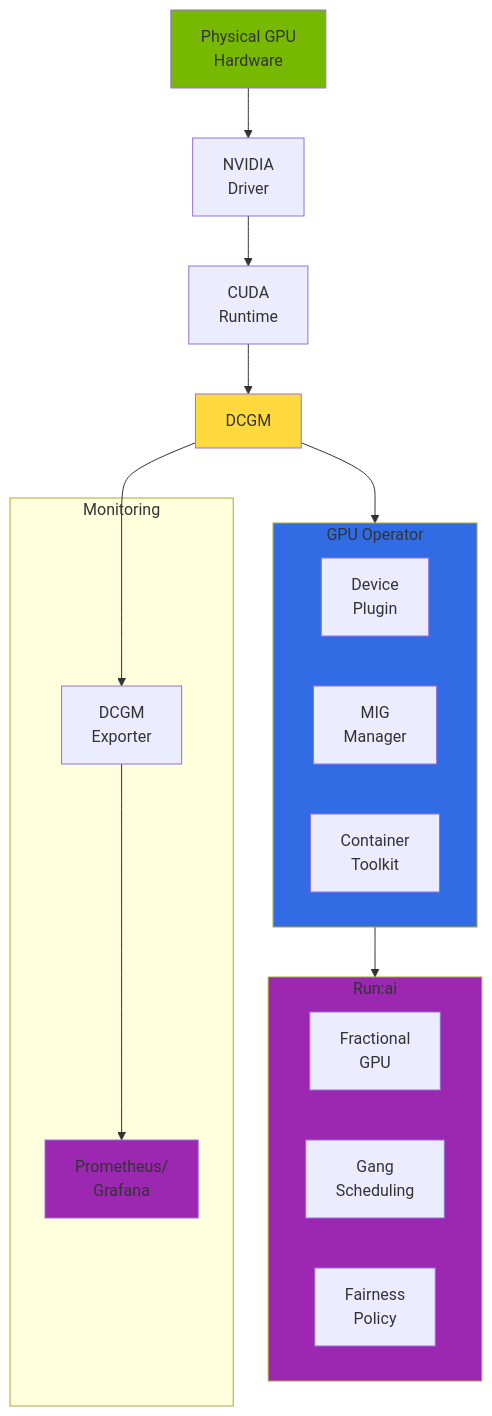
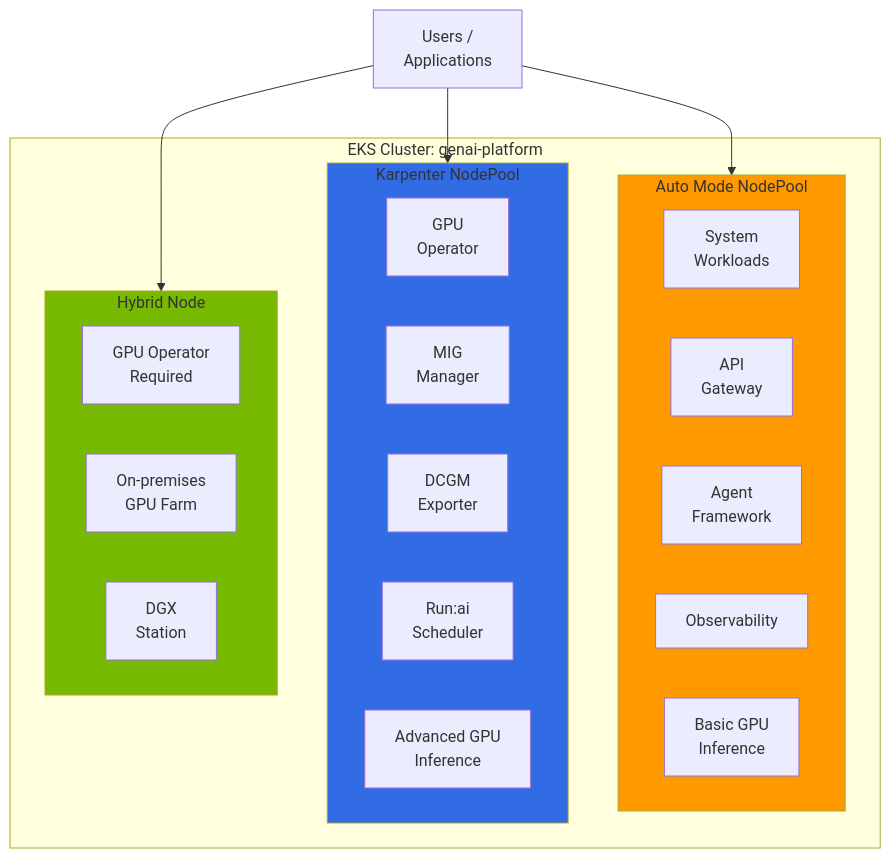
One commit to devfloor9/engineering-playbook changed the first of 4 diagrams in i18n/en/docusaurus-plugin-content-docs/current/agentic-ai-platform/model-serving/eks-gpu-node-strategy.md. Above: the diagram before and after it, drawn with Mermaid. The commit also changed other lines of this file and 95 other files, not shown here.

````diff
--- a/i18n/en/docusaurus-plugin-content-docs/current/agentic-ai-platform/model-serving/eks-gpu-node-strategy.md
+++ b/i18n/en/docusaurus-plugin-content-docs/current/agentic-ai-platform/model-serving/eks-gpu-node-strategy.md
@@ -569,39 +498,36 @@
 ```mermaid
 flowchart TB
-    A[Physical GPU<br/>Hardware]
-    B[NVIDIA<br/>Driver]
-    C[CUDA<br/>Runtime]
-    D[DCGM]
+    Users[Users /<br/>Applications]
 
-    subgraph GPUOp["GPU Operator"]
-        I[Device<br/>Plugin]
-        J[MIG<br/>Manager]
-        K[Container<br/>Toolkit]
+    subgraph Cluster["EKS Cluster: genai-platform"]
+        subgraph Auto["Auto Mode NodePool"]
+            A1[System<br/>Workloads]
+            A2[API<br/>Gateway]
+            A3[Agent<br/>Framework]
+            A4[Observability]
+            A5[Basic GPU<br/>Inference]
+        end
+
+        subgraph Karp["Karpenter NodePool"]
+            K1[GPU<br/>Operator]
+            K2[MIG<br/>Manager]
+            K3[DCGM<br/>Exporter]
+            K4[Run:ai<br/>Scheduler]
+            K5[Advanced GPU<br/>Inference]
+        end
+
+        subgraph Hyb["Hybrid Node"]
+            H1[GPU Operator<br/>Required]
+            H2[On-premises<br/>GPU Farm]
+            H3[DGX<br/>Station]
+        end
     end
 
-    subgraph Runai["Run:ai"]
-        L[Fractional<br/>GPU]
-        M[Gang<br/>Scheduling]
-        N[Fairness<br/>Policy]
-    end
+    Users --> Auto
+    Users --> Karp
+    Users --> Hyb
 
-    subgraph Monitor["Monitoring"]
-        G[DCGM<br/>Exporter]
-        H[Prometheus/<br/>Grafana]
-    end
-
-    A --> B
-    B --> C
-    C --> D
-    D --> GPUOp
-    GPUOp --> Runai
-
-    D --> G
-    G --> H
-
-    style A fill:#76b900
-    style D fill:#ffd93d
-    style GPUOp fill:#326ce5
-    style Runai fill:#9c27b0
-    style H fill:#9c27b0
+    style Auto fill:#ff9900
+    style Karp fill:#326ce5
+    style Hyb fill:#76b900
 ```
````
